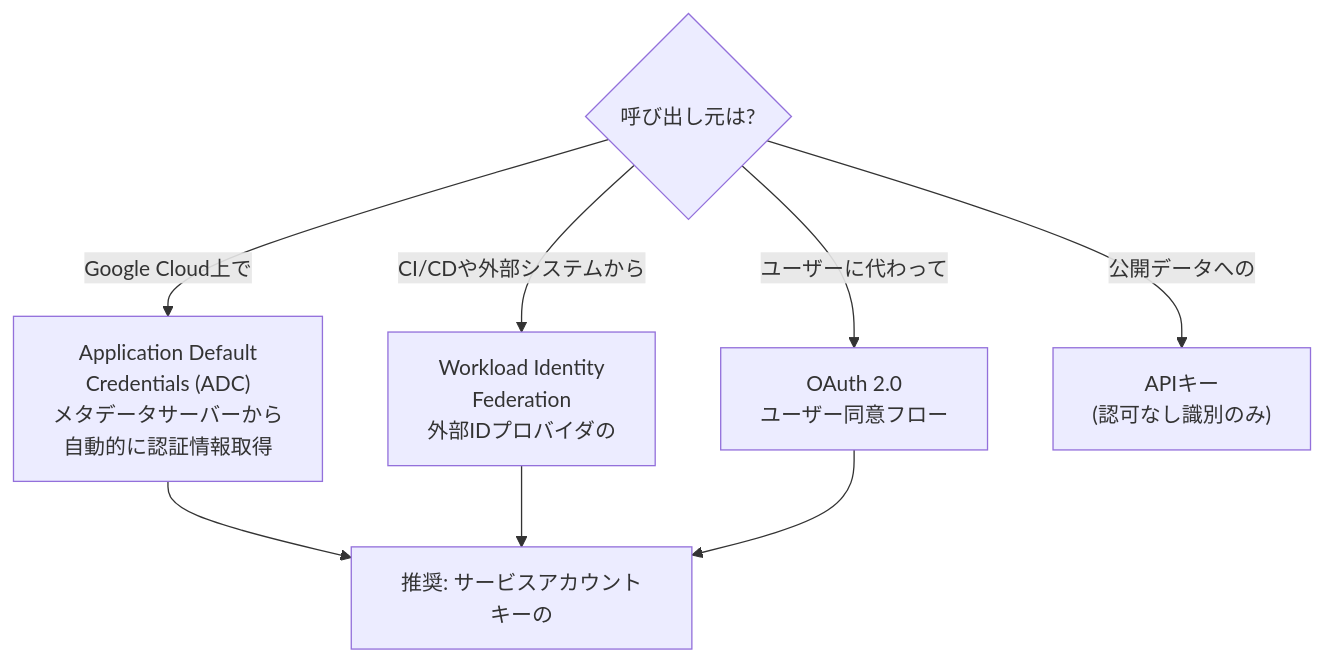
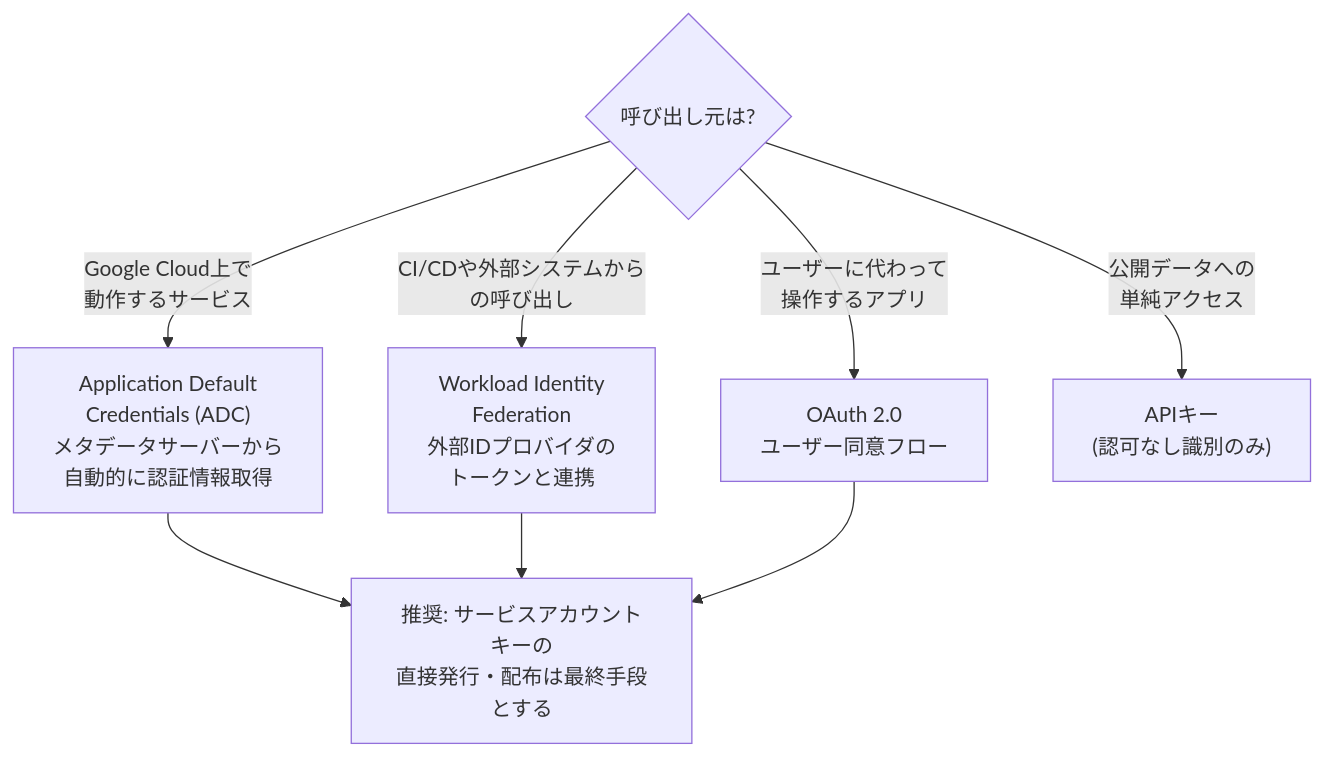
One commit to myoshi2891/Cloud-Infrastructure-Studies changed diagram 11 of 13 in Gcp-pca-section5-managing-implementation.md. Above: the diagram before and after it, drawn with Mermaid.

Commit message:
docs: update GCP PCA Section 5 Managing Implementation markdown
- Update study guide content for PCA Section 5

````diff
--- a/Gcp-pca-section5-managing-implementation.md
+++ b/Gcp-pca-section5-managing-implementation.md
@@ -405,12 +405,12 @@
 ```mermaid
 flowchart TD
     Start{呼び出し元は?}
-    Start -->|Google Cloud上で<br/動作するサービス| ADC["Application Default<br/>Credentials (ADC)<br/>メタデータサーバーから<br/>自動的に認証情報取得"]
-    Start -->|CI/CDや外部システムから<br/の呼び出し| WIF["Workload Identity<br/>Federation<br/>外部IDプロバイダの<br/トークンと連携"]
-    Start -->|ユーザーに代わって<br/操作するアプリ| OAuth["OAuth 2.0<br/>ユーザー同意フロー"]
-    Start -->|公開データへの<br/単純アクセス| APIKey["APIキー<br/>(認可なし識別のみ)"]
+    Start -->|Google Cloud上で<br/>動作するサービス| ADC["Application Default<br/>Credentials (ADC)<br/>メタデータサーバーから<br/>自動的に認証情報取得"]
+    Start -->|CI/CDや外部システムから<br/>の呼び出し| WIF["Workload Identity<br/>Federation<br/>外部IDプロバイダの<br/>トークンと連携"]
+    Start -->|ユーザーに代わって<br/>操作するアプリ| OAuth["OAuth 2.0<br/>ユーザー同意フロー"]
+    Start -->|公開データへの<br/>単純アクセス| APIKey["APIキー<br/>(認可なし識別のみ)"]
 
-    ADC --> Best["推奨: サービスアカウントキーの<br/直接発行・配布は最終手段とする"]
+    ADC --> Best["推奨: サービスアカウントキーの<br/>直接発行・配布は最終手段とする"]
     WIF --> Best
     OAuth --> Best
 ```
````
